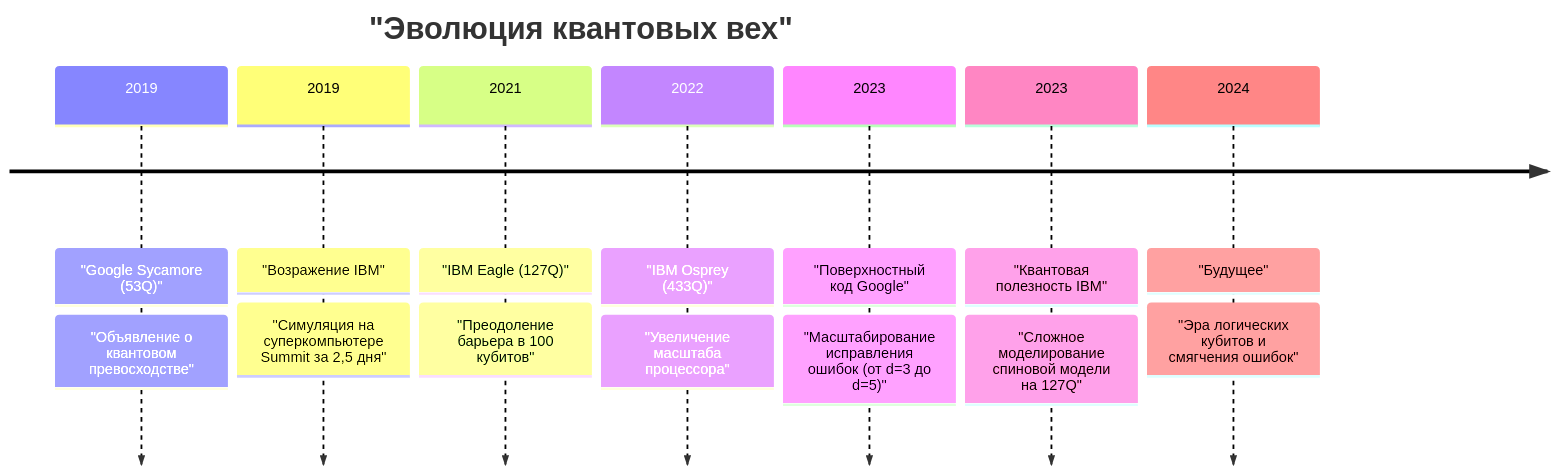
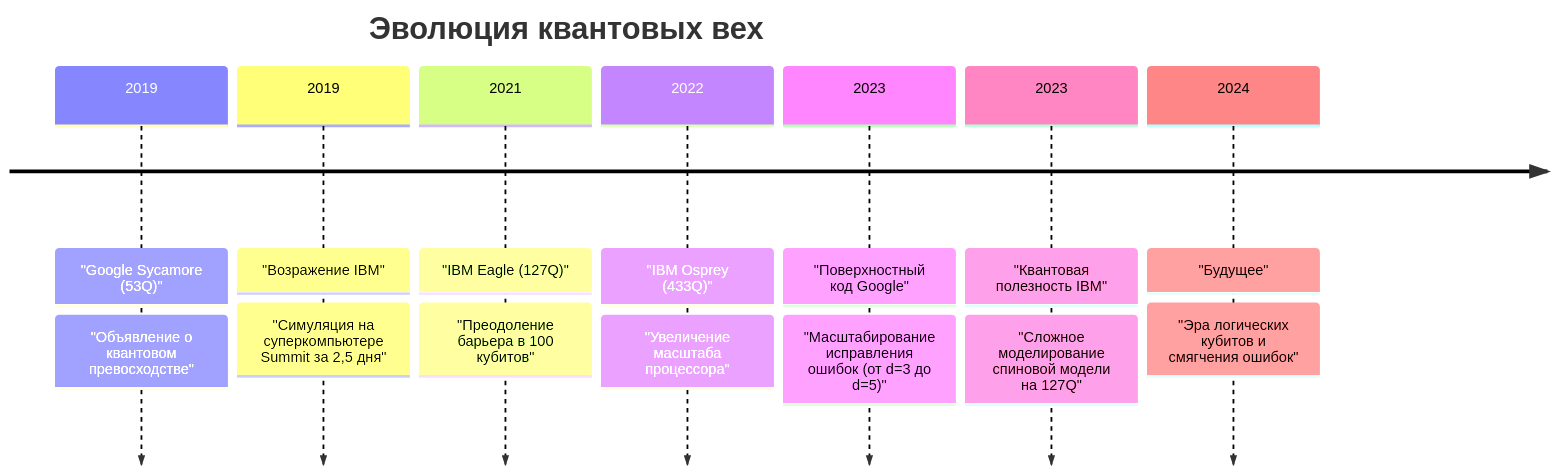
The second of 3 diagrams in content/post/量子超越性とは何か/index.ru.md (kenjinote/blog), drawn with Mermaid before and after one commit. The commit also changed other lines of this file and 703 other files, not shown here.

Commit message:
Fix: Remove quotes from Mermaid link texts and timeline definitions to support Mermaid 11.4.1

````diff
--- a/content/post/量子超越性とは何か/index.ru.md
+++ b/content/post/量子超越性とは何か/index.ru.md
@@ -106,11 +106,11 @@
 ```mermaid
 timeline
-    title "Эволюция квантовых вех"
+    title Эволюция квантовых вех
     2019 : "Google Sycamore (53Q)" : "Объявление о квантовом превосходстве"
     2019 : "Возражение IBM" : "Симуляция на суперкомпьютере Summit за 2,5 дня"
     2021 : "IBM Eagle (127Q)" : "Преодоление барьера в 100 кубитов"
     2022 : "IBM Osprey (433Q)" : "Увеличение масштаба процессора"
     2023 : "Поверхностный код Google" : "Масштабирование исправления ошибок (от d=3 до d=5)"
     2023 : "Квантовая полезность IBM" : "Сложное моделирование спиновой модели на 127Q"
     2024 : "Будущее" : "Эра логических кубитов и смягчения ошибок"
 ```
````
